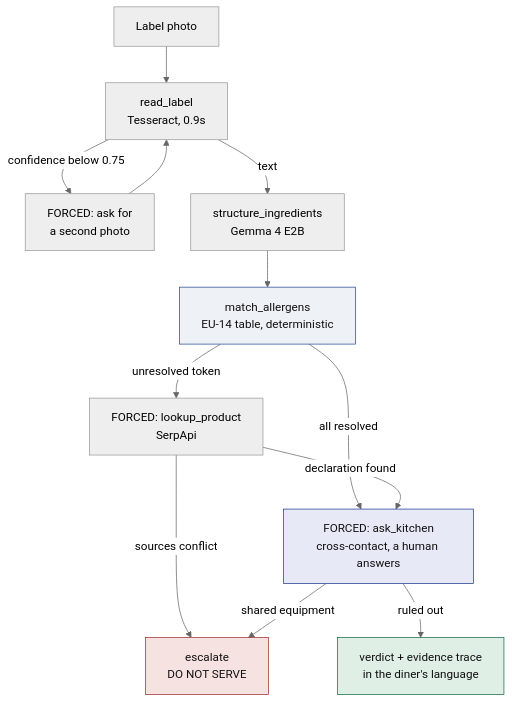
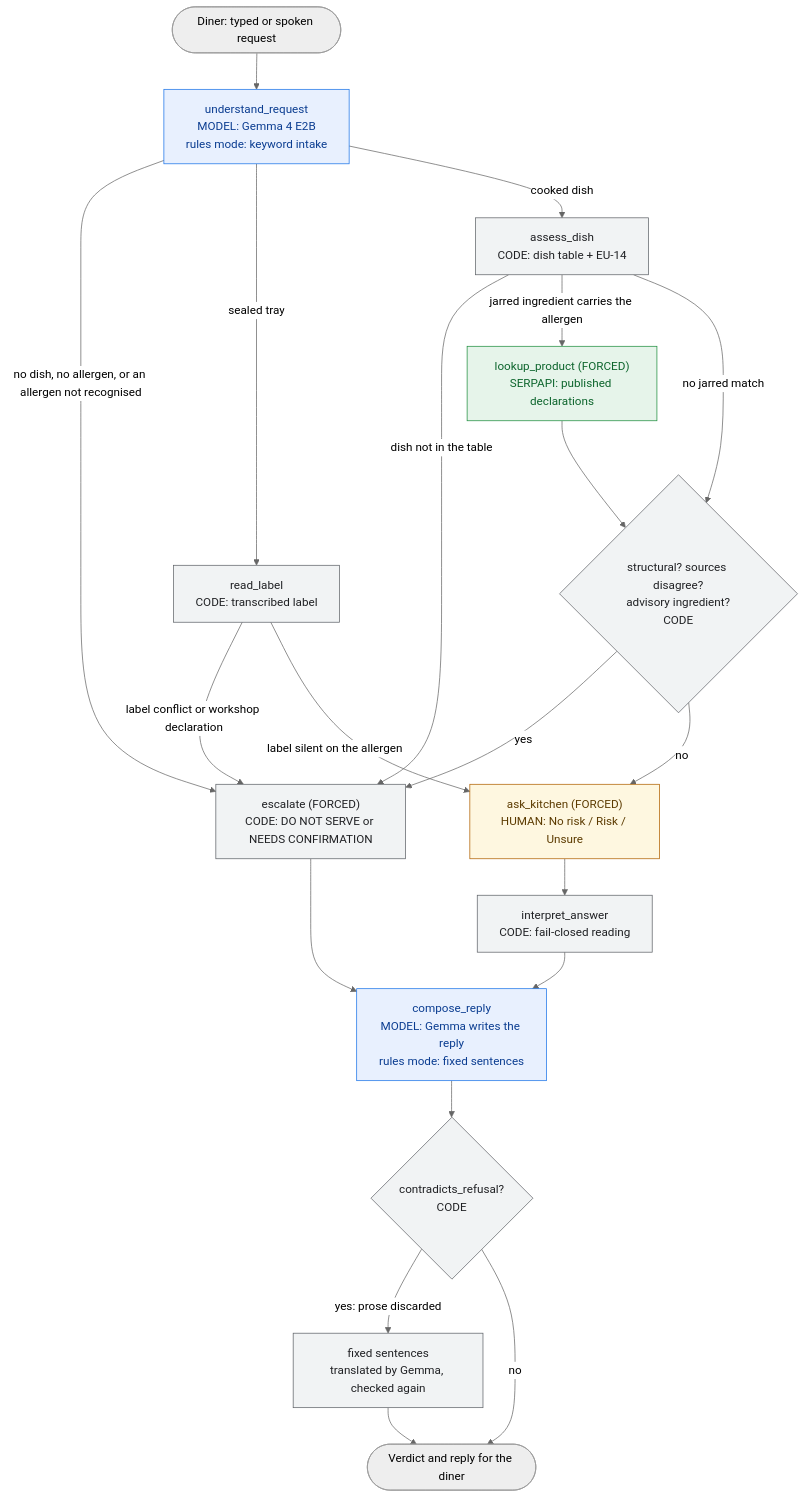
Before and after one commit to soneeee22000/safeplate: the diagram in README.md, drawn with Mermaid (neutral theme). The commit also changed other lines of this file and 107 other files, not shown here.

````diff
--- a/README.md
+++ b/README.md
@@ -130,19 +82,31 @@
 ```mermaid
 flowchart TD
-    PHOTO["Label photo"] --> OCR["read_label<br/>Tesseract, 0.9s"]
-    OCR -->|confidence below 0.75| RESHOOT["FORCED: ask for<br/>a second photo"]
-    RESHOOT --> OCR
-    OCR -->|text| GEMMA["structure_ingredients<br/>Gemma 4 E2B"]
-    GEMMA --> MATCH["match_allergens<br/>EU-14 table, deterministic"]
-    MATCH -->|unresolved token| LOOKUP["FORCED: lookup_product<br/>SerpApi"]
-    MATCH -->|all resolved| ASK
-    LOOKUP -->|sources conflict| STOP
-    LOOKUP -->|declaration found| ASK["FORCED: ask_kitchen<br/>cross-contact, a human answers"]
-    ASK -->|shared equipment| STOP["escalate<br/>DO NOT SERVE"]
-    ASK -->|ruled out| CARD["verdict + evidence trace<br/>in the diner's language"]
+    D(["Diner: typed or spoken request"]) --> U["understand_request<br/>MODEL: Gemma 4 E2B<br/>rules mode: keyword intake"]
+    U -->|"no dish, no allergen, or an allergen not recognised"| E
+    U -->|"sealed tray"| L["read_label<br/>CODE: transcribed label"]
+    U -->|"cooked dish"| A["assess_dish<br/>CODE: dish table + EU-14"]
+    A -->|"dish not in the table"| E
+    A -->|"jarred ingredient carries the allergen"| S["lookup_product (FORCED)<br/>SERPAPI: published declarations"]
+    A -->|"no jarred match"| X{"structural? sources disagree?<br/>advisory ingredient?<br/>CODE"}
+    S --> X
+    X -->|"yes"| E["escalate (FORCED)<br/>CODE: DO NOT SERVE or NEEDS CONFIRMATION"]
+    X -->|"no"| K["ask_kitchen (FORCED)<br/>HUMAN: No risk / Risk / Unsure"]
+    L -->|"label conflict or workshop declaration"| E
+    L -->|"label silent on the allergen"| K
+    K --> I["interpret_answer<br/>CODE: fail-closed reading"]
+    I --> C["compose_reply<br/>MODEL: Gemma writes the reply<br/>rules mode: fixed sentences"]
+    E --> C
+    C --> G{"contradicts_refusal?<br/>CODE"}
+    G -->|"yes: prose discarded"| F["fixed sentences<br/>translated by Gemma, checked again"]
+    G -->|"no"| R(["Verdict and reply for the diner"])
+    F --> R
 
-    style STOP fill:#f6e2e0,stroke:#a02f28,color:#111
-    style CARD fill:#e0efe6,stroke:#176b45,color:#111
-    style MATCH fill:#eef1f5,stroke:#2a4c99,color:#111
-    style ASK fill:#e8e9f7,stroke:#1f3a93,color:#111
+    classDef model fill:#e8f0fe,stroke:#1a73e8,color:#0b3d91
+    classDef code fill:#f1f3f4,stroke:#5f6368,color:#202124
+    classDef human fill:#fef7e0,stroke:#b06000,color:#5c3b00
+    classDef serp fill:#e6f4ea,stroke:#1e8e3e,color:#0d652d
+    class U,C model
+    class A,L,X,E,I,G,F code
+    class K human
+    class S serp
 ```
````
